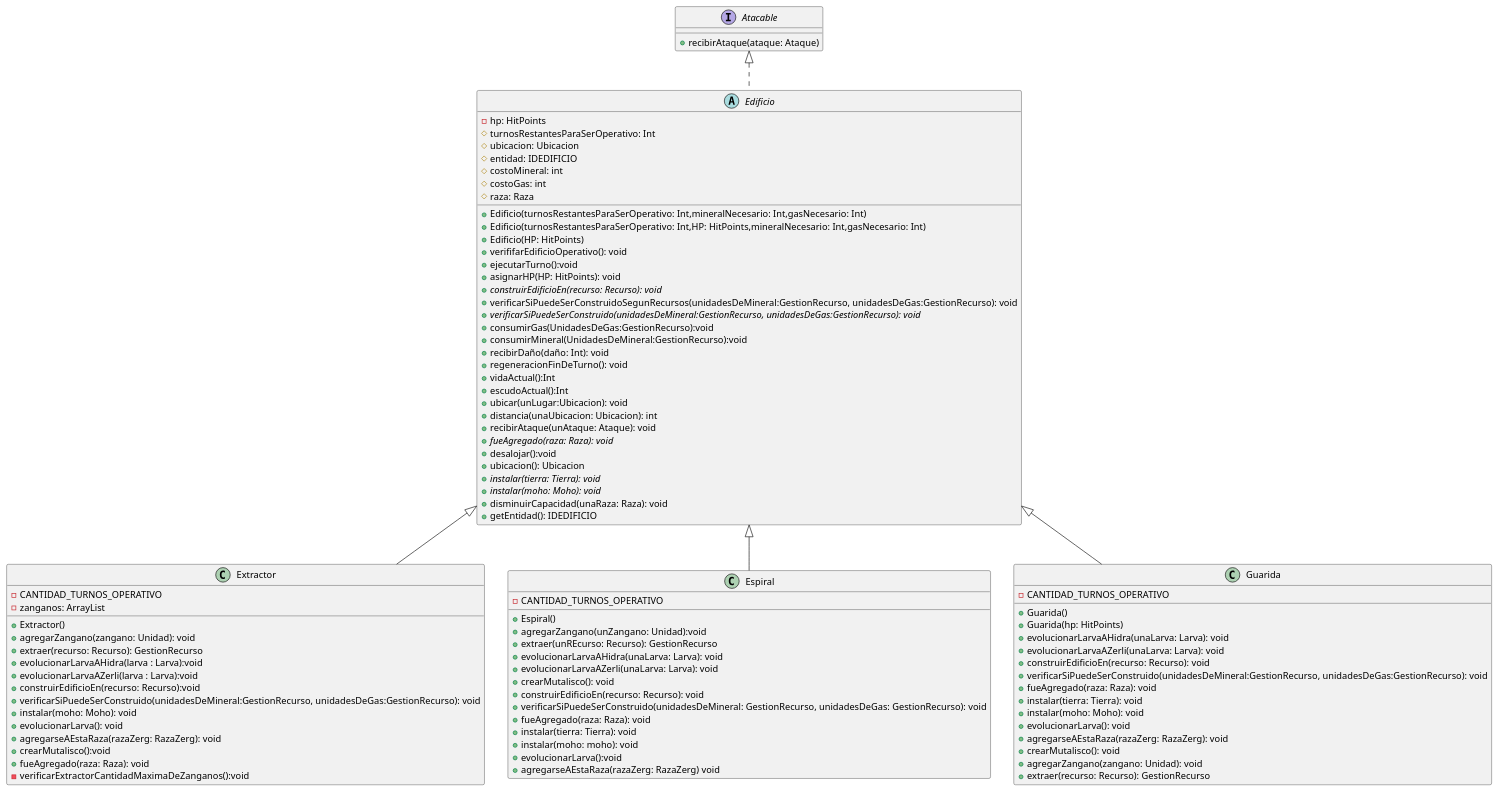
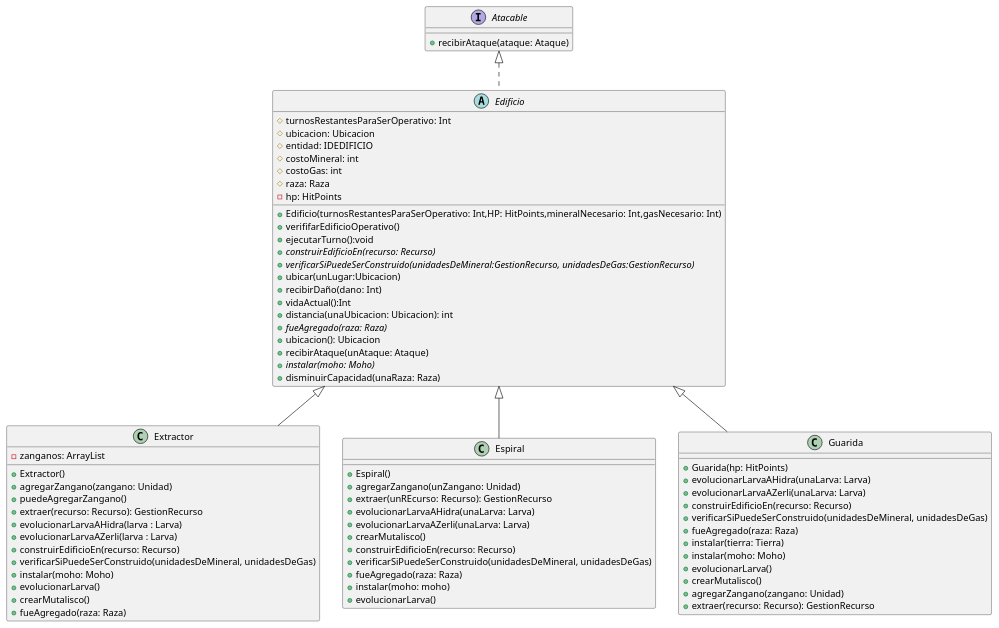
The diagram in diagrams/classes/EdificiosZerg2.puml (nicolasgirardi/algo3_TP2_AlgoStar), drawn with PlantUML before and after one commit. The commit also changed 4 other files, not shown here.

Commit message:
actualizo diagramas de clase

```diff
--- a/diagrams/classes/EdificiosZerg2.puml
+++ b/diagrams/classes/EdificiosZerg2.puml
@@ -1,106 +1,89 @@
 @startuml
 'https://plantuml.com/class-diagram
 
 abstract class Edificio {
-    -hp: HitPoints
     #turnosRestantesParaSerOperativo: Int
     #ubicacion: Ubicacion
     #entidad: IDEDIFICIO
     #costoMineral: int
     #costoGas: int
     #raza: Raza
+    -hp: HitPoints
 
-    +Edificio(turnosRestantesParaSerOperativo: Int,mineralNecesario: Int,gasNecesario: Int)
     +Edificio(turnosRestantesParaSerOperativo: Int,HP: HitPoints,mineralNecesario: Int,gasNecesario: Int)
-    +Edificio(HP: HitPoints)
-    +verififarEdificioOperativo(): void
+    +verififarEdificioOperativo()
     +ejecutarTurno():void
-    +asignarHP(HP: HitPoints): void
-    + {abstract} construirEdificioEn(recurso: Recurso): void
-    + verificarSiPuedeSerConstruidoSegunRecursos(unidadesDeMineral:GestionRecurso, unidadesDeGas:GestionRecurso): void
-    + {abstract} verificarSiPuedeSerConstruido(unidadesDeMineral:GestionRecurso, unidadesDeGas:GestionRecurso): void
-    +consumirGas(UnidadesDeGas:GestionRecurso):void
-    +consumirMineral(UnidadesDeMineral:GestionRecurso):void
-    +recibirDaño(daño: Int): void
-    +regeneracionFinDeTurno(): void
+    +{abstract} construirEdificioEn(recurso: Recurso)
+    +{abstract} verificarSiPuedeSerConstruido(unidadesDeMineral:GestionRecurso, unidadesDeGas:GestionRecurso)
+    + ubicar(unLugar:Ubicacion)
+    +recibirDaño(dano: Int)
     +vidaActual():Int
-    +escudoActual():Int
-    + ubicar(unLugar:Ubicacion): void
     + distancia(unaUbicacion: Ubicacion): int
-    +recibirAtaque(unAtaque: Ataque): void
-    + {abstract} fueAgregado(raza: Raza): void
-    +desalojar():void
+    + {abstract} fueAgregado(raza: Raza)
     +ubicacion(): Ubicacion
-    +{abstract} instalar(tierra: Tierra): void
-    +{abstract} instalar(moho: Moho): void
-    +disminuirCapacidad(unaRaza: Raza): void
-    +getEntidad(): IDEDIFICIO
+    +recibirAtaque(unAtaque: Ataque)
+    +{abstract} instalar(moho: Moho)
+    +disminuirCapacidad(unaRaza: Raza)
 }
 
 class Extractor{
-    -CANTIDAD_TURNOS_OPERATIVO
+
     -zanganos: ArrayList
 
     +Extractor()
-    +agregarZangano(zangano: Unidad): void
+    +agregarZangano(zangano: Unidad)
+    +puedeAgregarZangano()
     +extraer(recurso: Recurso): GestionRecurso
-    +evolucionarLarvaAHidra(larva : Larva):void
-    +evolucionarLarvaAZerli(larva : Larva):void
-    +construirEdificioEn(recurso: Recurso):void
-    +verificarSiPuedeSerConstruido(unidadesDeMineral:GestionRecurso, unidadesDeGas:GestionRecurso): void
-    +instalar(moho: Moho): void
-    +evolucionarLarva(): void
-    +agregarseAEstaRaza(razaZerg: RazaZerg): void
-    +crearMutalisco():void
-    + fueAgregado(raza: Raza): void
-    -verificarExtractorCantidadMaximaDeZanganos():void
+    +evolucionarLarvaAHidra(larva : Larva)
+    +evolucionarLarvaAZerli(larva : Larva)
+    +construirEdificioEn(recurso: Recurso)
+    +verificarSiPuedeSerConstruido(unidadesDeMineral, unidadesDeGas)
+    +instalar(moho: Moho)
+    +evolucionarLarva()
+    +crearMutalisco()
+    +fueAgregado(raza: Raza)
 }
 
 class Espiral{
-    -CANTIDAD_TURNOS_OPERATIVO
+
     +Espiral()
-    +agregarZangano(unZangano: Unidad):void
+    +agregarZangano(unZangano: Unidad)
     +extraer(unREcurso: Recurso): GestionRecurso
-    +evolucionarLarvaAHidra(unaLarva: Larva): void
-    +evolucionarLarvaAZerli(unaLarva: Larva): void
-    +crearMutalisco(): void
-    +construirEdificioEn(recurso: Recurso): void
-    +verificarSiPuedeSerConstruido(unidadesDeMineral: GestionRecurso, unidadesDeGas: GestionRecurso): void
-    +fueAgregado(raza: Raza): void
-    +instalar(tierra: Tierra): void
-    +instalar(moho: moho): void
-    +evolucionarLarva():void
-    +agregarseAEstaRaza(razaZerg: RazaZerg) void
+    +evolucionarLarvaAHidra(unaLarva: Larva)
+    +evolucionarLarvaAZerli(unaLarva: Larva)
+    +crearMutalisco()
+    +construirEdificioEn(recurso: Recurso)
+    +verificarSiPuedeSerConstruido(unidadesDeMineral, unidadesDeGas)
+    +fueAgregado(raza: Raza)
+    +instalar(moho: moho)
+    +evolucionarLarva()
 }
 
 class Guarida{
-    -CANTIDAD_TURNOS_OPERATIVO
 
-    +Guarida()
     +Guarida(hp: HitPoints)
-    +evolucionarLarvaAHidra(unaLarva: Larva): void
-    +evolucionarLarvaAZerli(unaLarva: Larva): void
-    +construirEdificioEn(recurso: Recurso): void
-    +verificarSiPuedeSerConstruido(unidadesDeMineral:GestionRecurso, unidadesDeGas:GestionRecurso): void
-    +fueAgregado(raza: Raza): void
-    +instalar(tierra: Tierra): void
-    +instalar(moho: Moho): void
-    +evolucionarLarva(): void
-    +agregarseAEstaRaza(razaZerg: RazaZerg): void
-    +crearMutalisco(): void
-    +agregarZangano(zangano: Unidad): void
+    +evolucionarLarvaAHidra(unaLarva: Larva)
+    +evolucionarLarvaAZerli(unaLarva: Larva)
+    +construirEdificioEn(recurso: Recurso)
+    +verificarSiPuedeSerConstruido(unidadesDeMineral, unidadesDeGas)
+    +fueAgregado(raza: Raza)
+    +instalar(tierra: Tierra)
+    +instalar(moho: Moho)
+    +evolucionarLarva()
+    +crearMutalisco()
+    +agregarZangano(zangano: Unidad)
     +extraer(recurso: Recurso): GestionRecurso
 
 
 
 }
 interface Atacable {
     +recibirAtaque(ataque: Ataque)
 }
 
 Edificio <|-- Extractor
 Edificio <|-- Espiral
 Edificio <|-- Guarida
 Atacable <|.. Edificio
 
 @enduml
```
